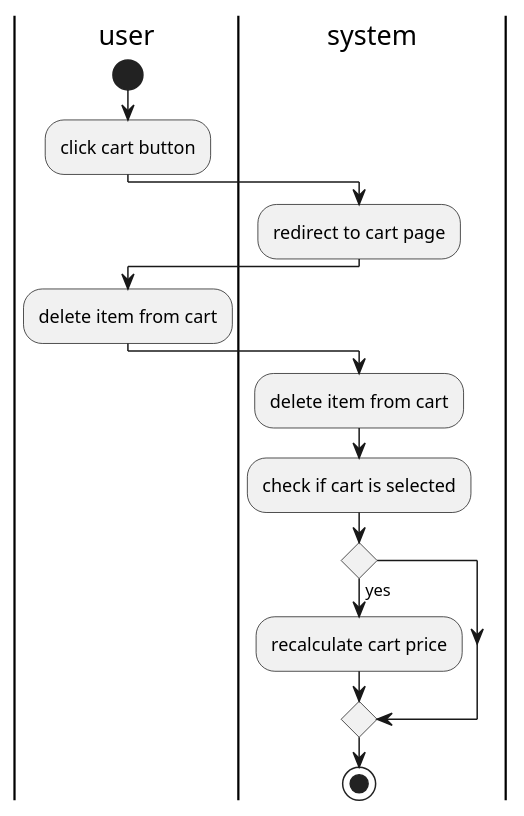
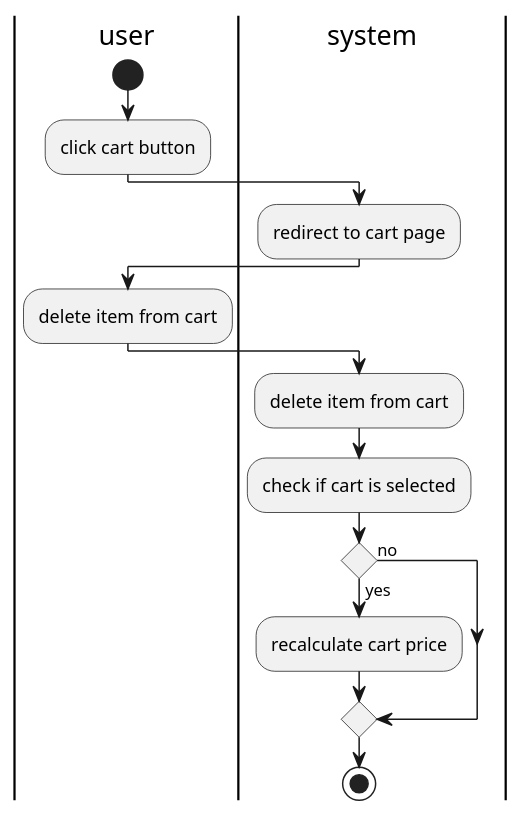
The diagram in uml diagram/activity diagram/cart/remove from cart.pu (aldihsuhandi/skripsi-2023), drawn with PlantUML before and after one commit. The commit also changed 15 other files, not shown here.

Commit message:
add missing true false annotations in activity diagram

```diff
--- a/uml diagram/activity diagram/cart/remove from cart.pu
+++ b/uml diagram/activity diagram/cart/remove from cart.pu
@@ -1,19 +1,20 @@
 @startuml delete from cart
 
 |user|
 start
 :click cart button;
 |system|
 :redirect to cart page;
 |user|
 :delete item from cart;
 |system|
 :delete item from cart;
 :check if cart is selected;
 if() then (yes)
 :recalculate cart price;
+else (no)
 endif
 stop
 
 
 @enduml
```
